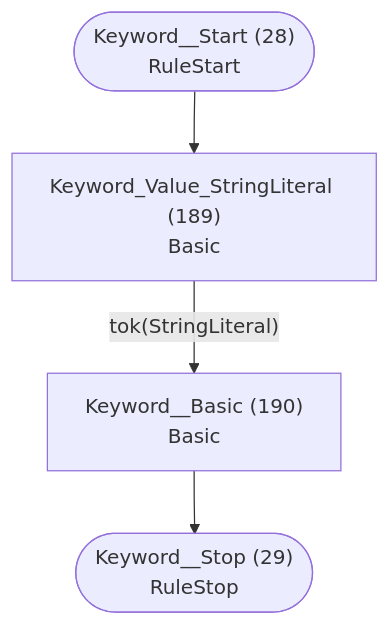
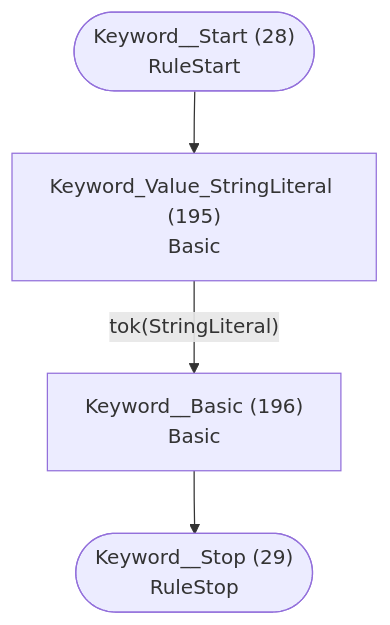
Before and after one commit to TypeFox/fastbelt: diagram 15 of 26 in internal/grammar/atn.md, drawn with Mermaid. The commit also changed other lines of this file and 53 other files, not shown here.

````diff
--- a/internal/grammar/atn.md
+++ b/internal/grammar/atn.md
@@ -449,11 +461,11 @@
 ```mermaid
 flowchart TD
     q28(["Keyword__Start (28)<br/>RuleStart"])
     q29(["Keyword__Stop (29)<br/>RuleStop"])
-    q189["Keyword_Value_StringLiteral (189)<br/>Basic<br/>"]
-    q190["Keyword__Basic (190)<br/>Basic<br/>"]
+    q195["Keyword_Value_StringLiteral (195)<br/>Basic<br/>"]
+    q196["Keyword__Basic (196)<br/>Basic<br/>"]
 
-    q28 --> q189
-    q189 -->|"tok(StringLiteral)"| q190
-    q190 --> q29
+    q28 --> q195
+    q195 -->|"tok(StringLiteral)"| q196
+    q196 --> q29
 ```
````
